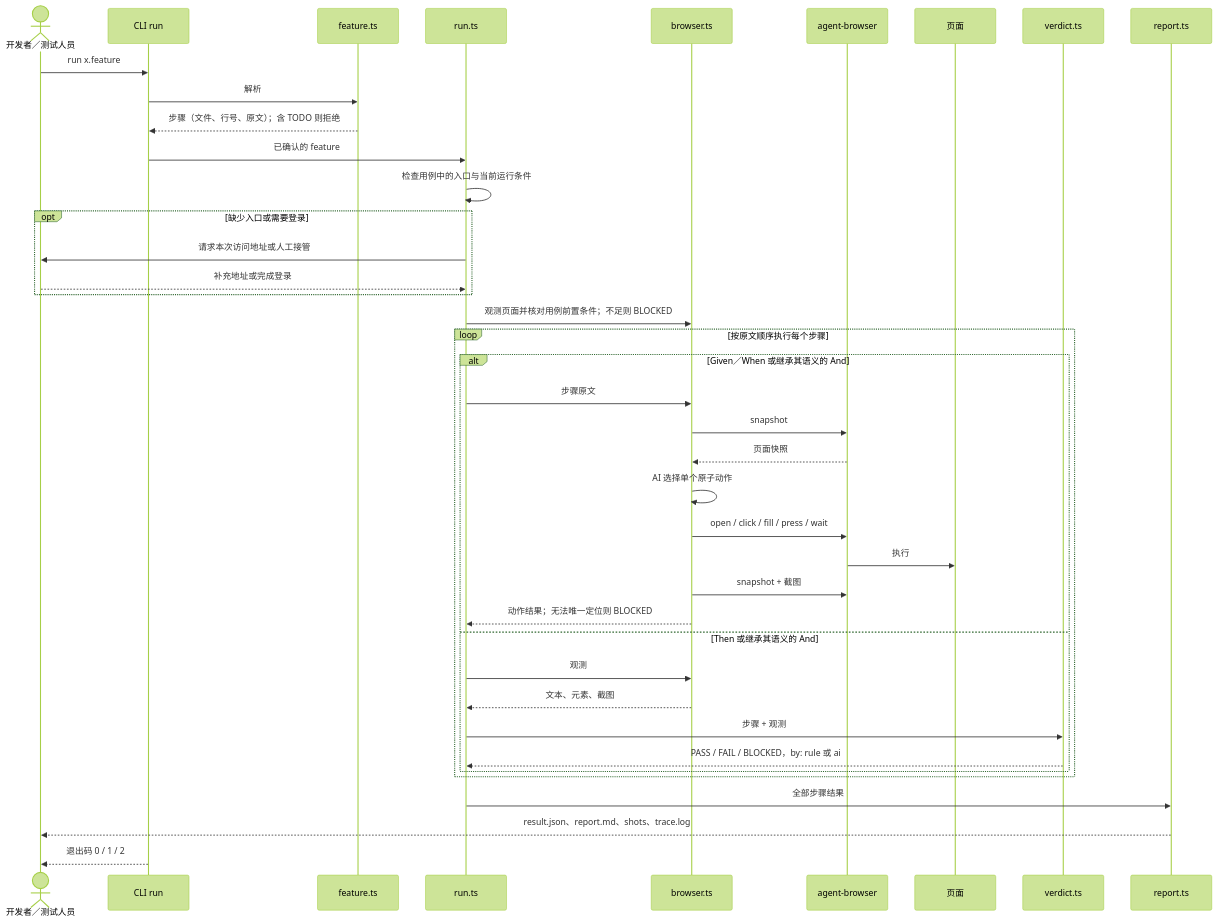
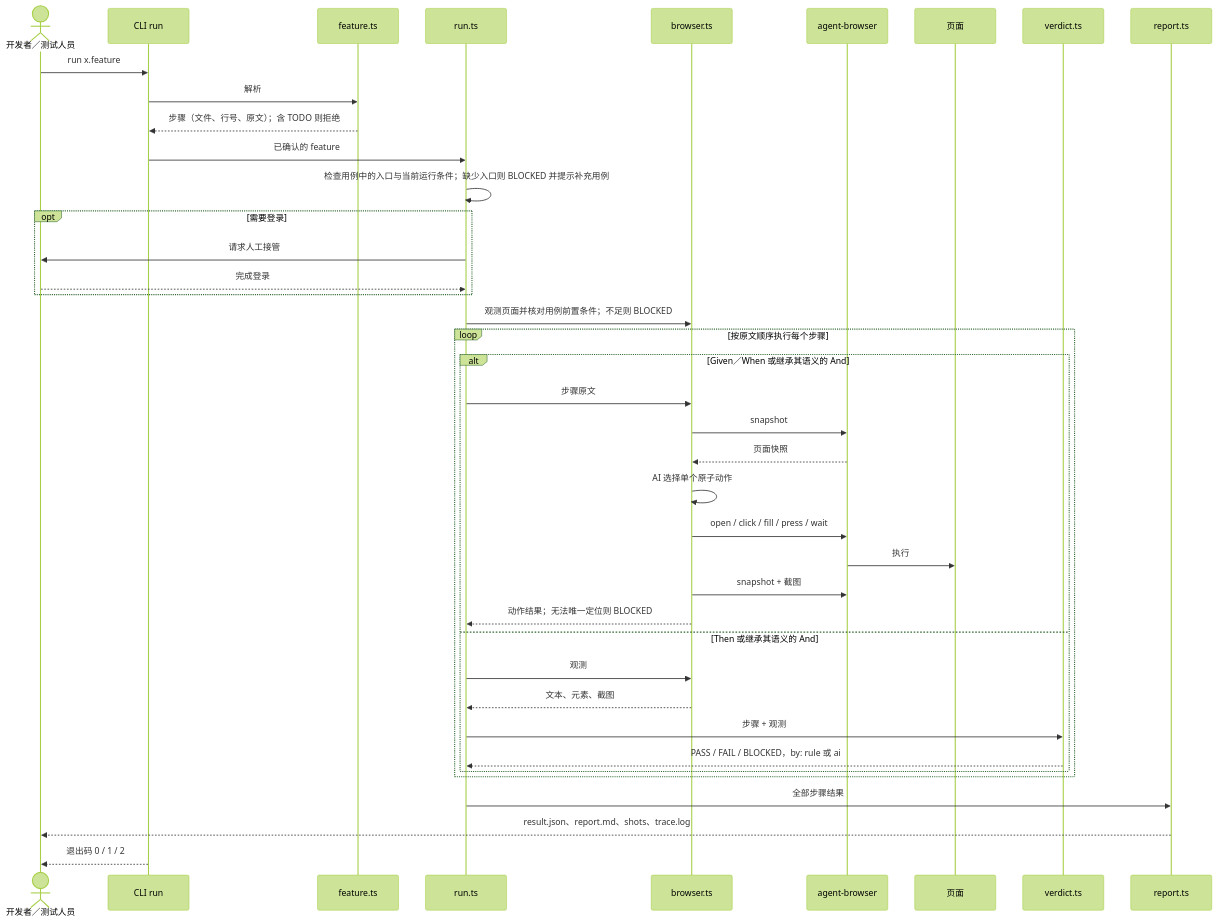
The third of 4 diagrams in docs/browser-test-technical-plan.md (Mone-Lee/browser-automated), drawn with Mermaid (forest theme) before and after one commit. The commit also changed other lines of this file and 2 other files, not shown here.

````diff
--- a/docs/browser-test-technical-plan.md
+++ b/docs/browser-test-technical-plan.md
@@ -134,43 +139,43 @@
 ```mermaid
 sequenceDiagram
     actor U as 开发者／测试人员
     participant C as CLI run
     participant F as feature.ts
     participant R as run.ts
     participant B as browser.ts
     participant AB as agent-browser
     participant P as 页面
     participant V as verdict.ts
     participant RP as report.ts
 
     U->>C: run x.feature
     C->>F: 解析
     F-->>C: 步骤（文件、行号、原文）；含 TODO 则拒绝
     C->>R: 已确认的 feature
-    R->>R: 检查用例中的入口与当前运行条件
-    opt 缺少入口或需要登录
-        R->>U: 请求本次访问地址或人工接管
-        U-->>R: 补充地址或完成登录
+    R->>R: 检查用例中的入口与当前运行条件；缺少入口则 BLOCKED 并提示补充用例
+    opt 需要登录
+        R->>U: 请求人工接管
+        U-->>R: 完成登录
     end
     R->>B: 观测页面并核对用例前置条件；不足则 BLOCKED
     loop 按原文顺序执行每个步骤
         alt Given／When 或继承其语义的 And
             R->>B: 步骤原文
             B->>AB: snapshot
             AB-->>B: 页面快照
             B->>B: AI 选择单个原子动作
             B->>AB: open / click / fill / press / wait
             AB->>P: 执行
             B->>AB: snapshot + 截图
             B-->>R: 动作结果；无法唯一定位则 BLOCKED
         else Then 或继承其语义的 And
             R->>B: 观测
             B-->>R: 文本、元素、截图
             R->>V: 步骤 + 观测
             V-->>R: PASS / FAIL / BLOCKED，by: rule 或 ai
         end
     end
     R->>RP: 全部步骤结果
     RP-->>U: result.json、report.md、shots、trace.log
     C-->>U: 退出码 0 / 1 / 2
 ```
````
